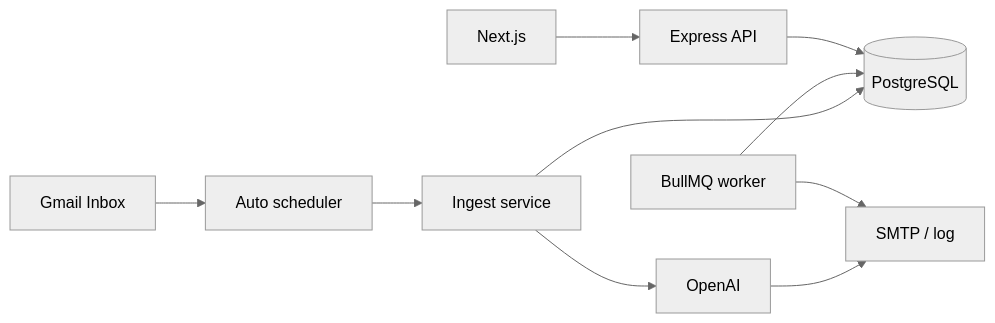
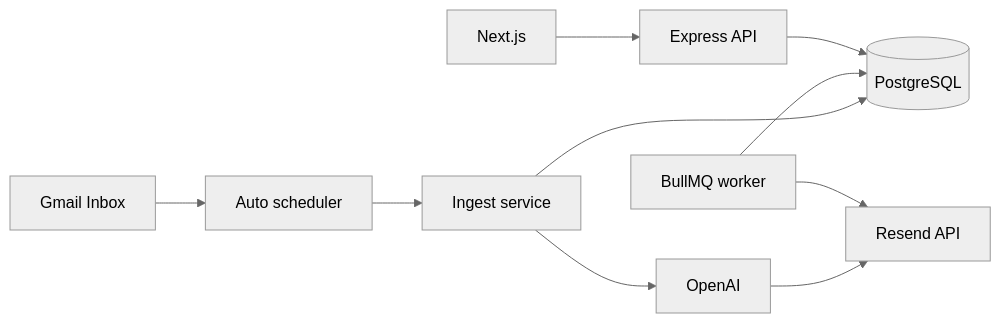
One commit to JuanPablo-29/loan-crm changed the diagram in README.md. Above: the diagram before and after it, drawn with Mermaid (neutral theme). The commit also changed other lines of this file and 8 other files, not shown here.

````diff
--- a/README.md
+++ b/README.md
@@ -88,12 +86,12 @@
 ```mermaid
 flowchart LR
   Gmail[Gmail Inbox] --> Poller[Auto scheduler]
   Poller --> Ingest[Ingest service]
   Ingest --> PG[(PostgreSQL)]
   Ingest --> AI[OpenAI]
-  AI --> SMTP[SMTP / log]
-  Worker[BullMQ worker] --> SMTP
+  AI --> Mail[Resend API]
+  Worker[BullMQ worker] --> Mail
   Worker --> PG
   Web[Next.js] --> API[Express API]
   API --> PG
 ```
````
